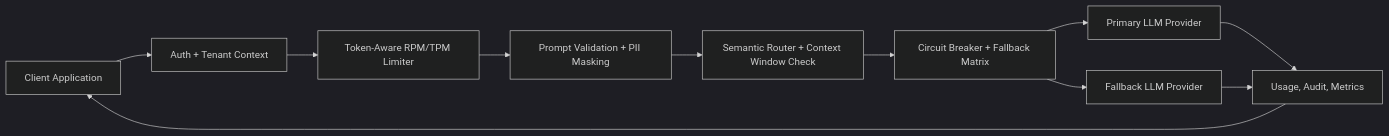
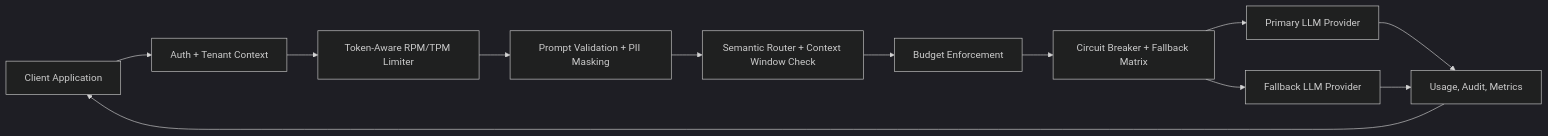
The diagram in README.md (purnendu-das-in/llm_gateway), drawn with Mermaid (dark theme) before and after one commit.

````diff
--- a/README.md
+++ b/README.md
@@ -7,13 +7,14 @@
 ```mermaid
 flowchart LR
     Client[Client Application] --> Auth[Auth + Tenant Context]
     Auth --> Limits[Token-Aware RPM/TPM Limiter]
     Limits --> Guardrails[Prompt Validation + PII Masking]
     Guardrails --> Router[Semantic Router + Context Window Check]
-    Router --> Circuit[Circuit Breaker + Fallback Matrix]
+    Router --> Budgets[Budget Enforcement]
+    Budgets --> Circuit[Circuit Breaker + Fallback Matrix]
     Circuit --> ProviderA[Primary LLM Provider]
     Circuit --> ProviderB[Fallback LLM Provider]
     ProviderA --> Metrics[Usage, Audit, Metrics]
     ProviderB --> Metrics
     Metrics --> Client
 ```
````
